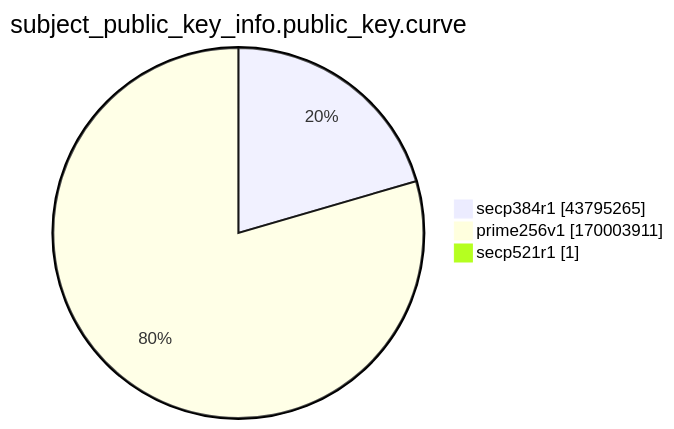
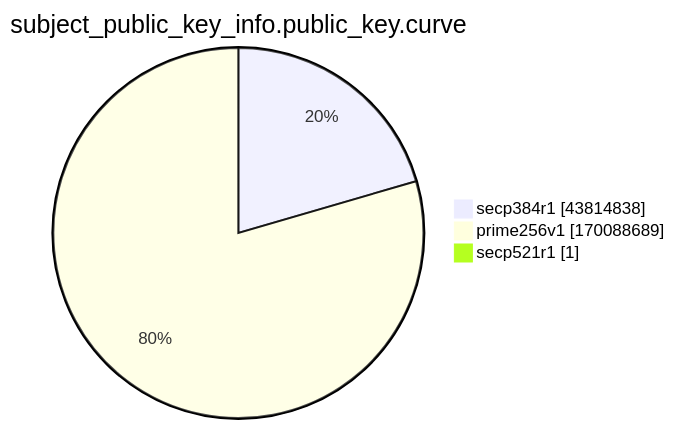
One commit to christiankrug/ctmonitor_visualization changed the ninth of 15 diagrams in xenon2022/README.md. Above: the diagram before and after it, drawn with Mermaid. The commit also changed other lines of this file, not shown here.

````diff
--- a/xenon2022/README.md
+++ b/xenon2022/README.md
@@ -2871,7 +2871,7 @@
 ```mermaid
 pie showData
 title subject_public_key_info.public_key.curve
-"secp384r1" :43795265
-"prime256v1" :170003911
+"secp384r1" :43814838
+"prime256v1" :170088689
 "secp521r1" :1
 ```
````
